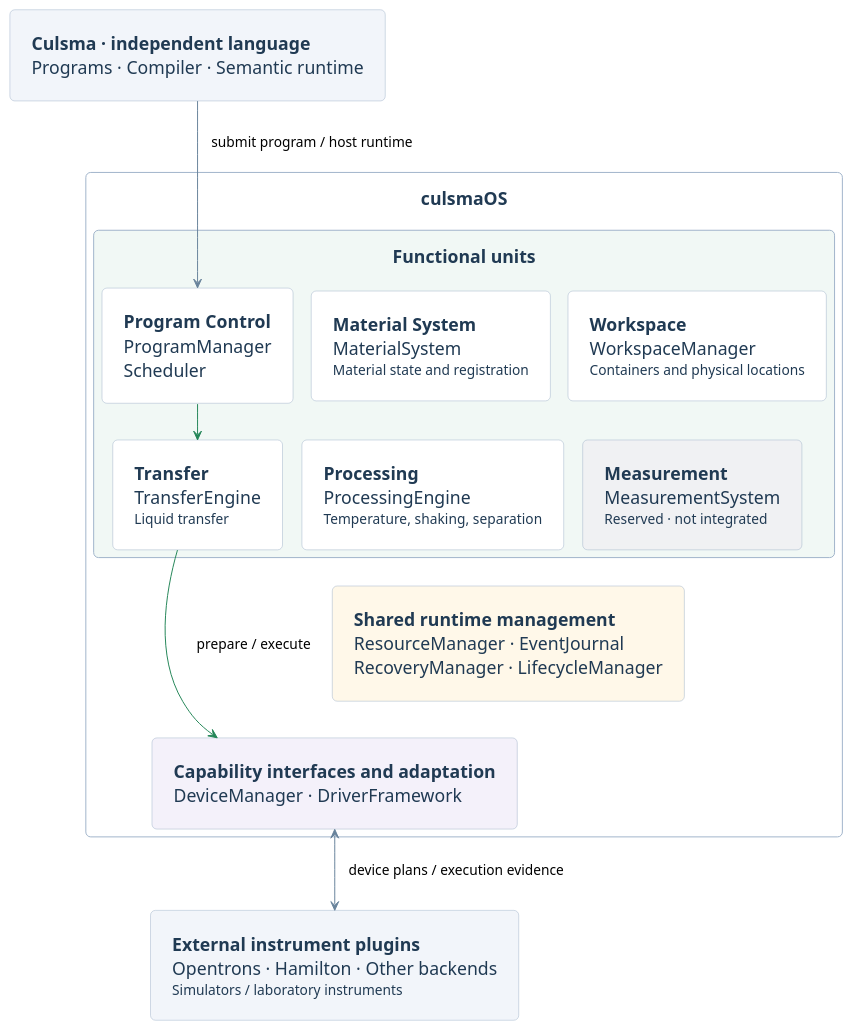
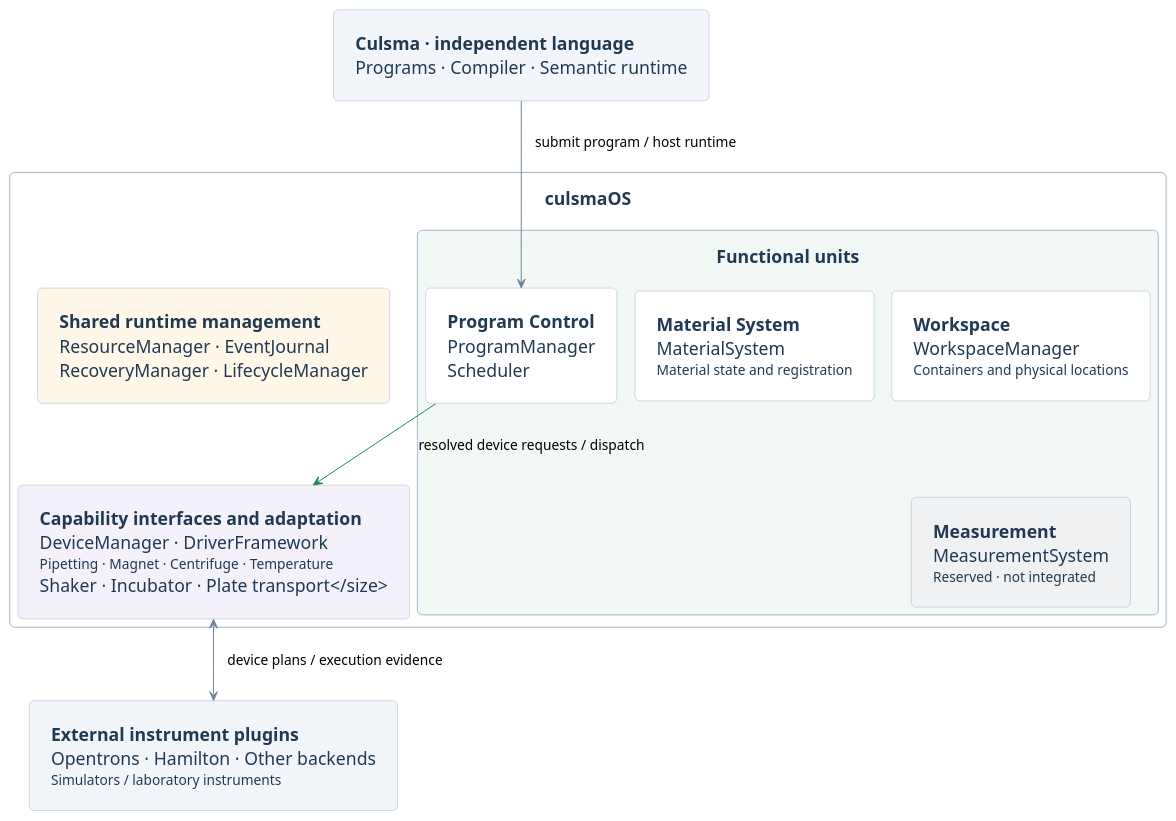
Before and after one commit to culsma/culsmaOS: the diagram in diagrams/readme-overview.puml, drawn with PlantUML. The commit also changed 81 other files, not shown here.

Commit message:
refactor(device-manager): own instrument execution preparation

```diff
--- a/diagrams/readme-overview.puml
+++ b/diagrams/readme-overview.puml
@@ -1,52 +1,45 @@
 @startuml readme-overview
 !pragma layout smetana
 top to bottom direction
 skinparam backgroundColor #FFFFFF
 skinparam defaultFontName Arial
 skinparam defaultFontSize 18
 skinparam shadowing false
 skinparam roundcorner 10
 skinparam packageStyle rectangle
 skinparam ArrowColor #68839B
 skinparam ArrowFontSize 14
 skinparam nodesep 24
 skinparam ranksep 24
 skinparam Padding 12
 skinparam package {
  BackgroundColor #F5F8FD
  BorderColor #A0B4CA
  FontColor #203A53
  FontStyle bold
 }
 skinparam rectangle {
  BackgroundColor #FFFFFF
  BorderColor #A0B4CA
  FontColor #203A53
 }
 rectangle "<b>Culsma · independent language</b>\nPrograms · Compiler · Semantic runtime" as LANGUAGE #F2F5FA
 package "culsmaOS" as OS {
  package "Functional units" as UNITS #F1F8F5 {
   rectangle "<b>Program Control</b>\nProgramManager\nScheduler" as CONTROL
   rectangle "<b>Material System</b>\nMaterialSystem\n<size:14>Material state and registration</size>" as MATERIAL
   rectangle "<b>Workspace</b>\nWorkspaceManager\n<size:14>Containers and physical locations</size>" as WORKSPACE
-  rectangle "<b>Transfer</b>\nTransferEngine\n<size:14>Liquid transfer</size>" as TRANSFER
-  rectangle "<b>Processing</b>\nProcessingEngine\n<size:14>Temperature, shaking, separation</size>" as PROCESS
   rectangle "<b>Measurement</b>\nMeasurementSystem\n<size:14>Reserved · not integrated</size>" as MEASURE #F0F1F3
   CONTROL -[hidden]right-> MATERIAL
   MATERIAL -[hidden]right-> WORKSPACE
-  TRANSFER -[hidden]right-> PROCESS
-  PROCESS -[hidden]right-> MEASURE
-  MATERIAL -[hidden]down-> PROCESS
   WORKSPACE -[hidden]down-> MEASURE
  }
  rectangle "<b>Shared runtime management</b>\nResourceManager · EventJournal\nRecoveryManager · LifecycleManager" as COMMON #FFF8E9
- rectangle "<b>Capability interfaces and adaptation</b>\nDeviceManager · DriverFramework" as ACCESS #F4F1FA
- PROCESS -[hidden]down-> COMMON
+ rectangle "<b>Capability interfaces and adaptation</b>\nDeviceManager · DriverFramework\n<size:14>Pipetting · Magnet · Centrifuge · Temperature\nShaker · Incubator · Plate transport</size>" as ACCESS #F4F1FA
  COMMON -[hidden]down-> ACCESS
 }
 rectangle "<b>External instrument plugins</b>\nOpentrons · Hamilton · Other backends\n<size:14>Simulators / laboratory instruments</size>" as PLUGINS #F2F5FA
 LANGUAGE -down-> CONTROL : submit program / host runtime
-CONTROL -[#238658]down-> TRANSFER
-TRANSFER -[#238658]down-> ACCESS : prepare / execute
+CONTROL -[#238658]down-> ACCESS : resolved device requests / dispatch
 ACCESS <-down-> PLUGINS : device plans / execution evidence
 @enduml
```
